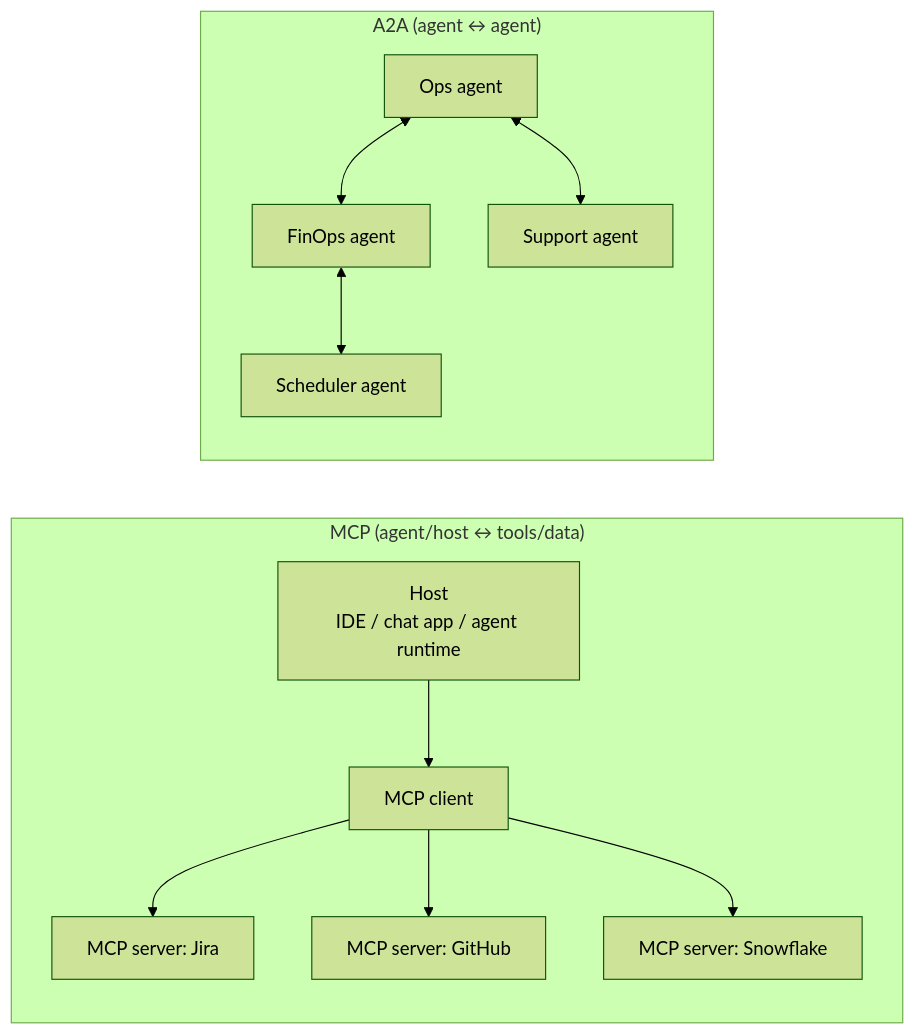
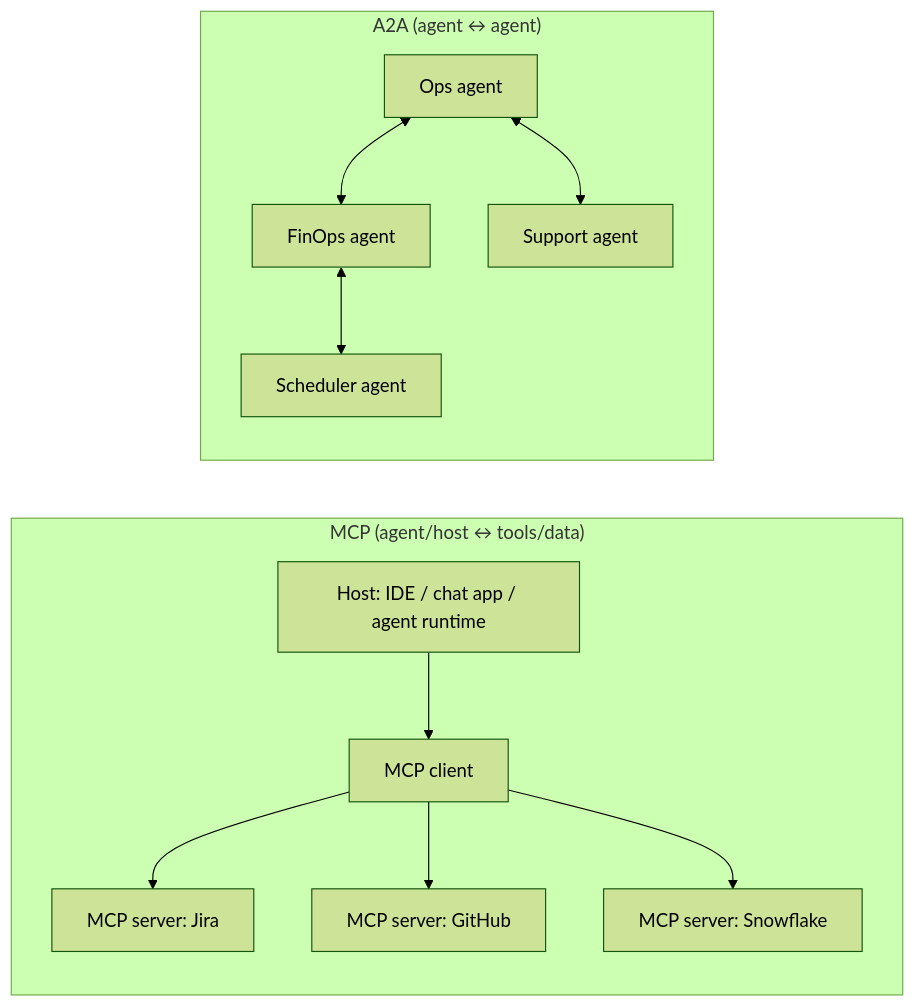
Before and after one commit to mmoussaif/gcp-ml-exam-guide: the diagram in docs/gcp-ml-exam-guide/part-7-ai-tools-and-frameworks.md, drawn with Mermaid (forest theme). The commit also changed 1 other file, not shown here.

Commit message:
Fix remaining Mermaid diagram parse errors in parts 1 and 7

````diff
--- a/docs/gcp-ml-exam-guide/part-7-ai-tools-and-frameworks.md
+++ b/docs/gcp-ml-exam-guide/part-7-ai-tools-and-frameworks.md
@@ -240,15 +240,15 @@
 ```mermaid
 flowchart LR
   subgraph MCP["MCP (agent/host ↔ tools/data)"]
-    Host[Host\nIDE / chat app / agent runtime] --> Client[MCP client]
+    Host["Host: IDE / chat app / agent runtime"] --> Client[MCP client]
     Client --> S1[MCP server: Jira]
     Client --> S2[MCP server: GitHub]
     Client --> S3[MCP server: Snowflake]
   end
 
   subgraph A2A["A2A (agent ↔ agent)"]
     A[Ops agent] <--> B[FinOps agent]
     A <--> C[Support agent]
     B <--> D[Scheduler agent]
   end
 ```
````
